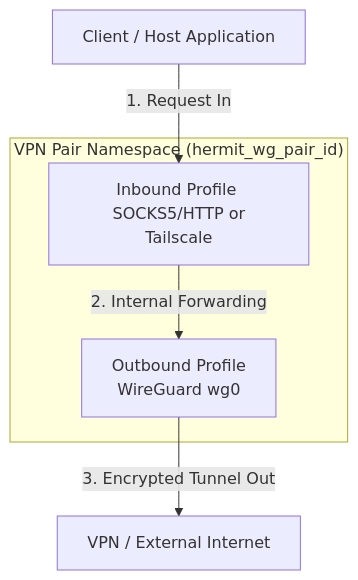
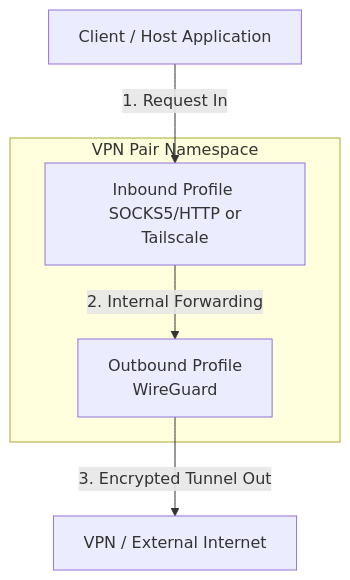
Before and after one commit to quaywin/hermit: the first of 2 diagrams in README.md, drawn with Mermaid. The commit also changed other lines of this file and 10 other files, not shown here.

````diff
--- a/README.md
+++ b/README.md
@@ -18,8 +20,8 @@
 ```mermaid
 flowchart TD
     Client["Client / Host Application"] -->|"1. Request In"| Inbound["Inbound Profile <br/> SOCKS5/HTTP or Tailscale"]
-    subgraph NetNS["VPN Pair Namespace (hermit_wg_pair_id)"]
-        Inbound -->|"2. Internal Forwarding"| Outbound["Outbound Profile <br/> WireGuard wg0"]
+    subgraph NetNS["VPN Pair Namespace"]
+        Inbound -->|"2. Internal Forwarding"| Outbound["Outbound Profile <br/> WireGuard"]
     end
     Outbound -->|"3. Encrypted Tunnel Out"| Internet["VPN / External Internet"]
 ```
````
